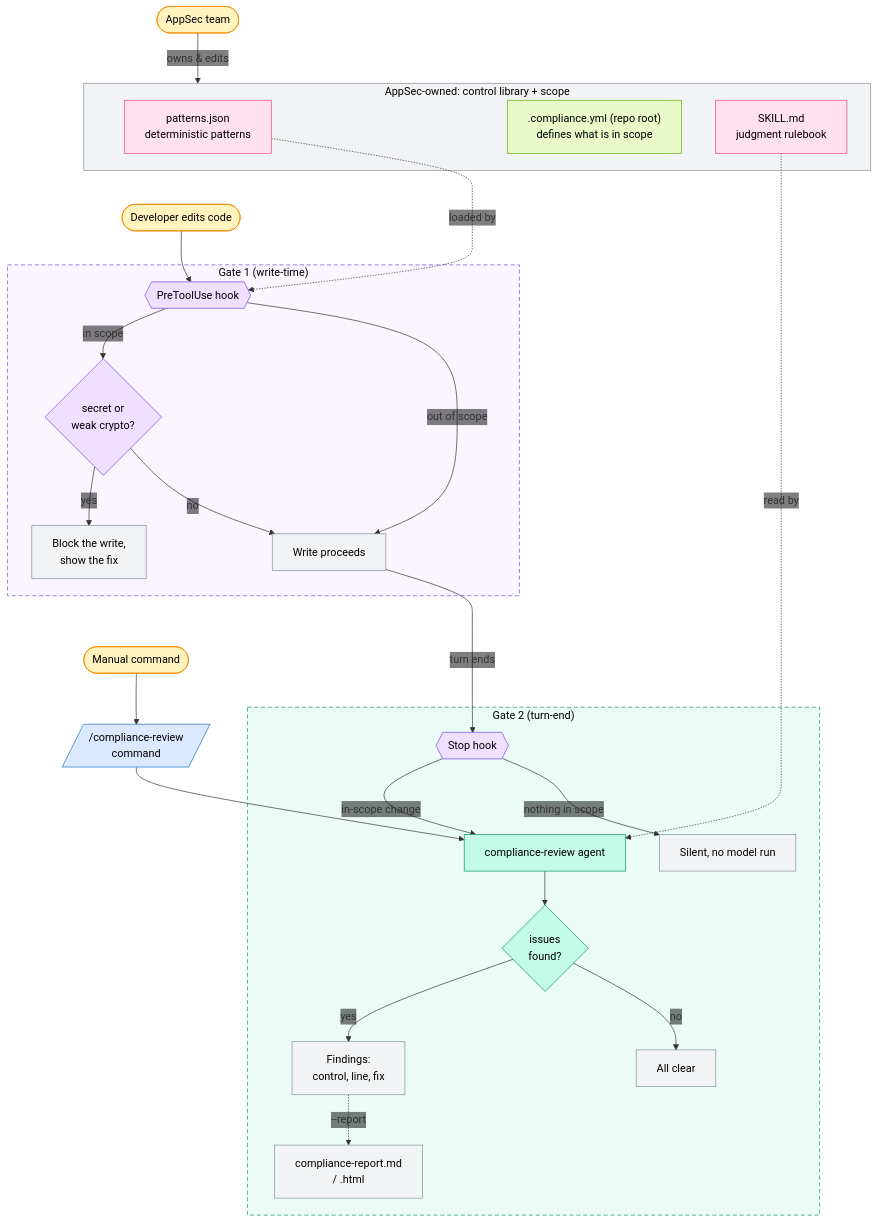
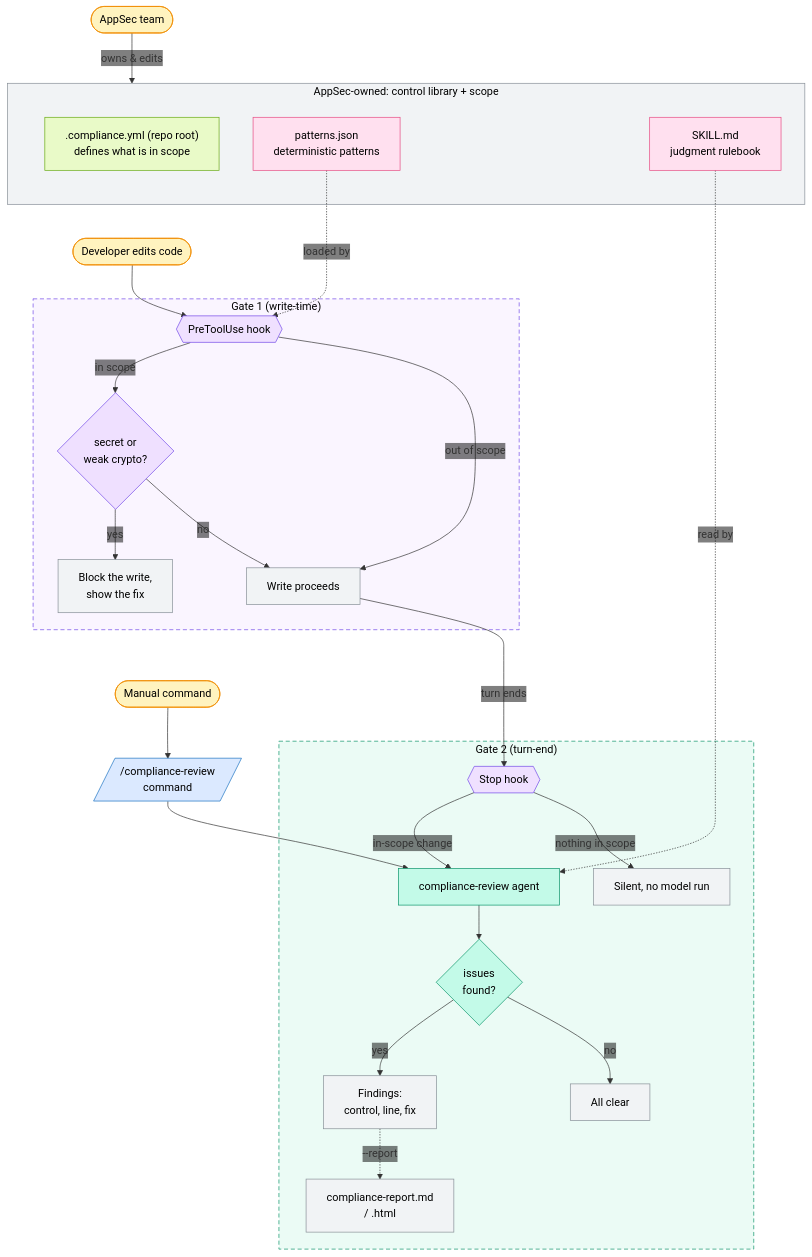
One commit to Juantomasgomez7/compliance-support changed the second of 2 diagrams in README.md. Above: the diagram before and after it, drawn with Mermaid.

Commit message:
docs: hug the scope file and patterns together, verified render locally
Scope and patterns now share an invisible inner cluster (scope left,
patterns beside it) so the two AppSec data files read as a pair, with
the rulebook on the right. Verified with a local mermaid-cli render:
loaded-by drops straight into the PreToolUse hook, read-by drops
straight into the agent, no edge crossings anywhere.

````diff
--- a/README.md
+++ b/README.md
@@ -74,68 +74,71 @@
 ```mermaid
 %%{init: {'themeVariables': {'edgeLabelBackground': 'transparent'}}}%%
 flowchart TD
     classDef human fill:#fff3bf,stroke:#f08c00,color:#000000
     classDef hook fill:#efe0ff,stroke:#7048e8,color:#000000
     classDef agent fill:#c3fae8,stroke:#099268,color:#000000
     classDef skill fill:#ffe0ef,stroke:#e64980,color:#000000
     classDef command fill:#dbe9ff,stroke:#1971c2,color:#000000
     classDef state fill:#f1f3f5,stroke:#868e96,color:#000000
     classDef config fill:#e9fac8,stroke:#66a80f,color:#000000
 
     APPSEC(["AppSec team"]) -->|"owns & edits"| CL
     subgraph CL["AppSec-owned: control library + scope"]
-        PATT["patterns.json<br/>deterministic patterns"]
-        SCOPE[".compliance.yml (repo root)<br/>defines what is in scope"]
+        subgraph INNER[" "]
+            SCOPE[".compliance.yml (repo root)<br/>defines what is in scope"]
+            PATT["patterns.json<br/>deterministic patterns"]
+        end
         SKILLMD["SKILL.md<br/>judgment rulebook"]
     end
     CL ~~~ DEV([Developer edits code])
 
     subgraph G1["Gate 1 (write-time)"]
         H1{{"PreToolUse hook"}}
         VIOL{"secret or<br/>weak crypto?"}
         SAVE["Write proceeds"]
         BLOCK["Block the write,<br/>show the fix"]
     end
 
     subgraph G2["Gate 2 (turn-end)"]
         H2{{"Stop hook"}}
         SILENT["Silent, no model run"]
         AGENT["compliance-review agent"]
         REVIEW{"issues<br/>found?"}
         CLEAN["All clear"]
         OUT["Findings:<br/>control, line, fix"]
         REPORT["compliance-report.md<br/>/ .html"]
     end
 
     DEV --> H1
     PATT -.->|"loaded by"| H1
     H1 -->|"out of scope"| SAVE
     H1 -->|"in scope"| VIOL
     VIOL -->|"no"| SAVE
     VIOL -->|"yes"| BLOCK
     SAVE -->|"turn ends"| H2
     H2 -->|"nothing in scope"| SILENT
     H2 -->|"in-scope change"| AGENT
     subgraph MANUAL[" "]
         RUN(["Manual command"]) --> CMD[/"/compliance-review<br/>command"/]
     end
     SAVE ~~~ RUN
     CMD --> AGENT
     style MANUAL fill:transparent,stroke:transparent
     SKILLMD -.->|"read by"| AGENT
     AGENT --> REVIEW
     REVIEW -->|"no"| CLEAN
     REVIEW -->|"yes"| OUT
     OUT -.->|"--report"| REPORT
 
     class DEV,APPSEC,RUN human
     class H1,H2,VIOL hook
     class AGENT,REVIEW agent
     class PATT,SKILLMD skill
     class SCOPE config
     class CMD command
     class BLOCK,SAVE,SILENT,OUT,CLEAN,REPORT state
     style CL fill:#f1f3f5,stroke:#868e96,color:#000000
+    style INNER fill:transparent,stroke:transparent
     style G1 fill:#faf5ff,stroke:#7048e8,stroke-dasharray:6 4,color:#000000
     style G2 fill:#ebfbf5,stroke:#099268,stroke-dasharray:6 4,color:#000000
 ```
````
